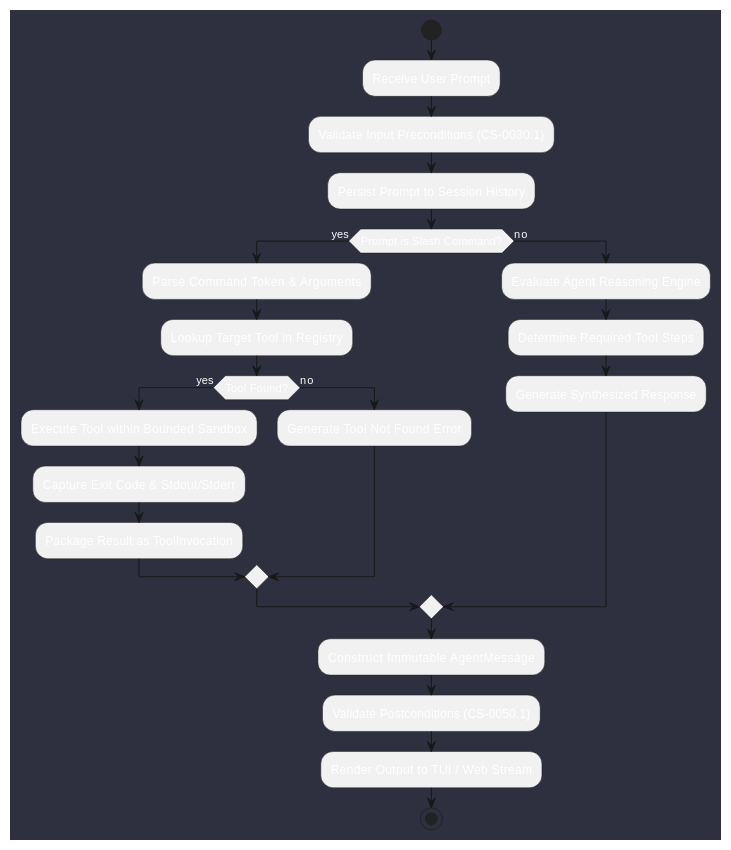
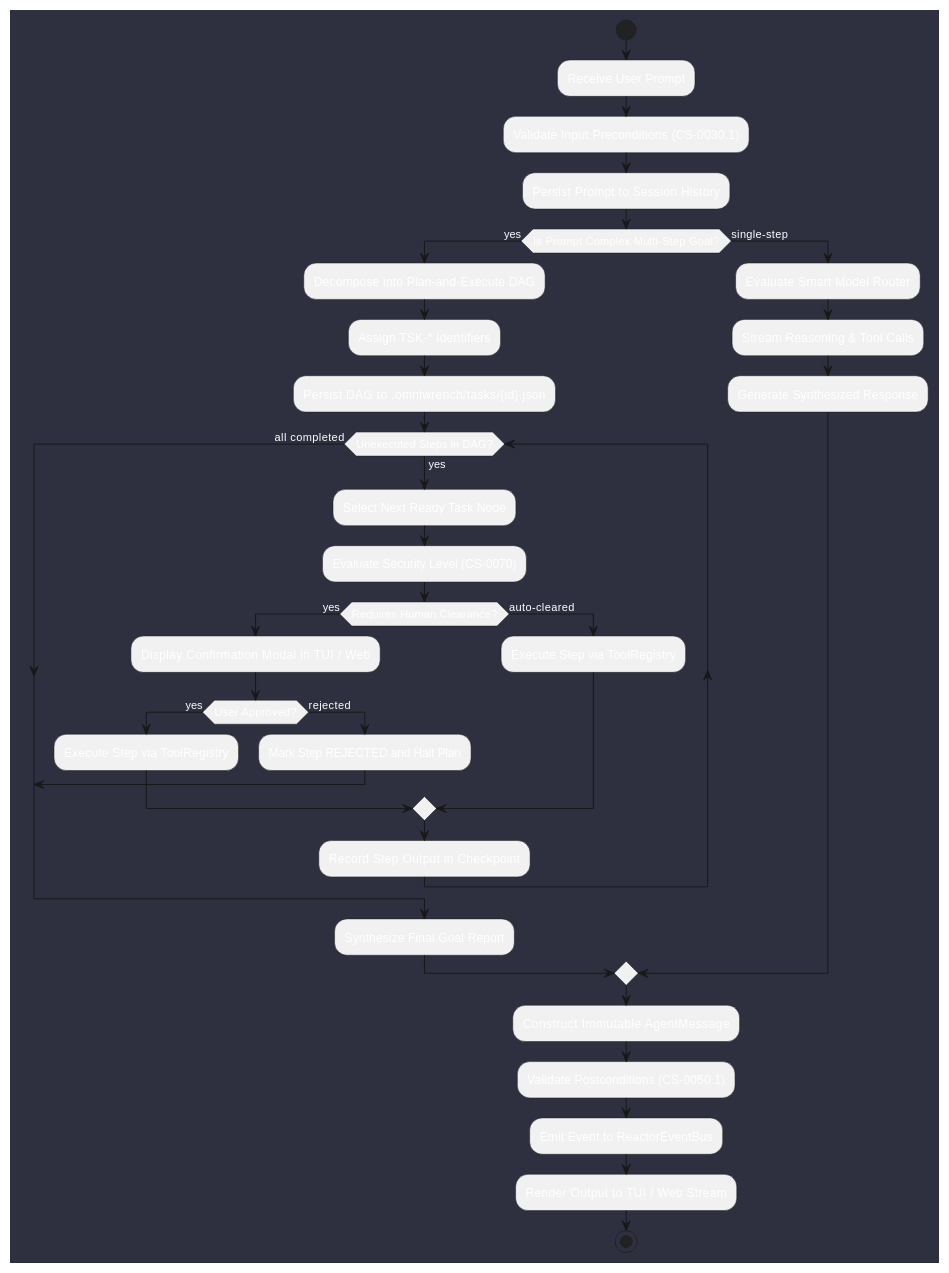
The first of 3 diagrams in doc/docs/architecture/activities.md (mlecabellec/omniwrench), drawn with PlantUML before and after one commit. The commit also changed other lines of this file and 12 other files, not shown here.

````diff
--- a/doc/docs/architecture/activities.md
+++ b/doc/docs/architecture/activities.md
@@ -5,32 +7,44 @@
 ```plantuml
 @startuml
 skinparam backgroundColor #2e303f
 skinparam defaultFontColor #ffffff
 
 start
 :Receive User Prompt;
 :Validate Input Preconditions (CS-0030.1);
 :Persist Prompt to Session History;
 
-if (Prompt is Slash Command?) then (yes)
-  :Parse Command Token & Arguments;
-  :Lookup Target Tool in Registry;
-  if (Tool Found?) then (yes)
-    :Execute Tool within Bounded Sandbox;
-    :Capture Exit Code & Stdout/Stderr;
-    :Package Result as ToolInvocation;
-  else (no)
-    :Generate Tool Not Found Error;
-  endif
-else (no)
-  :Evaluate Agent Reasoning Engine;
-  :Determine Required Tool Steps;
+if (Is Prompt Complex Multi-Step Goal?) then (yes)
+  :Decompose into Plan-and-Execute DAG;
+  :Assign TSK-* Identifiers;
+  :Persist DAG to .omniwrench/tasks/{id}.json;
+  while (Unexecuted Steps in DAG?) is (yes)
+    :Select Next Ready Task Node;
+    :Evaluate Security Level (CS-0070);
+    if (Requires Human Clearance?) then (yes)
+      :Display Confirmation Modal in TUI / Web;
+      if (User Approved?) then (yes)
+        :Execute Step via ToolRegistry;
+      else (rejected)
+        :Mark Step REJECTED and Halt Plan;
+        break
+      endif
+    else (auto-cleared)
+      :Execute Step via ToolRegistry;
+    endif
+    :Record Step Output in Checkpoint;
+  endwhile (all completed)
+  :Synthesize Final Goal Report;
+else (single-step)
+  :Evaluate Smart Model Router;
+  :Stream Reasoning & Tool Calls;
   :Generate Synthesized Response;
 endif
 
 :Construct Immutable AgentMessage;
 :Validate Postconditions (CS-0050.1);
+:Emit Event to ReactorEventBus;
 :Render Output to TUI / Web Stream;
 stop
 @enduml
 ```
````
